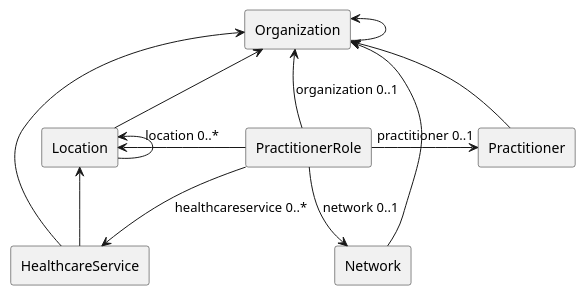
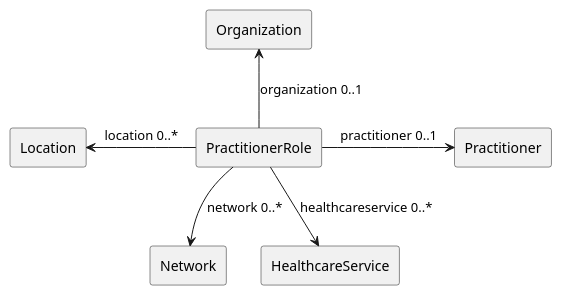
Before and after one commit to HL7/fhir-us-ndh: the diagram in input/images-source/RelPractitionerRole.plantuml, drawn with PlantUML. The commit also changed 4 other files, not shown here.

Commit message:
update diagrams

```diff
--- a/input/images-source/RelPractitionerRole.plantuml
+++ b/input/images-source/RelPractitionerRole.plantuml
@@ -1,24 +1,18 @@
 @startuml
 
 agent PractitionerRole as practitionerRole
 agent Practitioner as practitioner
 agent Organization as organization
 agent Location as location
 agent Network as network
 agent HealthcareService as service
 
 
 practitionerRole -right-> practitioner: "practitioner 0..1"
 practitionerRole -up-> organization: "organization 0..1"
 practitionerRole -down-> service: "healthcareservice 0..*"
-practitionerRole -down-> network: "network 0..1"
+practitionerRole -down-> network: "network 0..*"
 practitionerRole -left-> location: "location 0..*"
-location -up-> location
-location -up-> organization 
-organization -up-> organization
-service -up-> location
-service -up-> organization
-network -up-> organization
-practitioner -up-> organization
+
 
 @enduml
```
